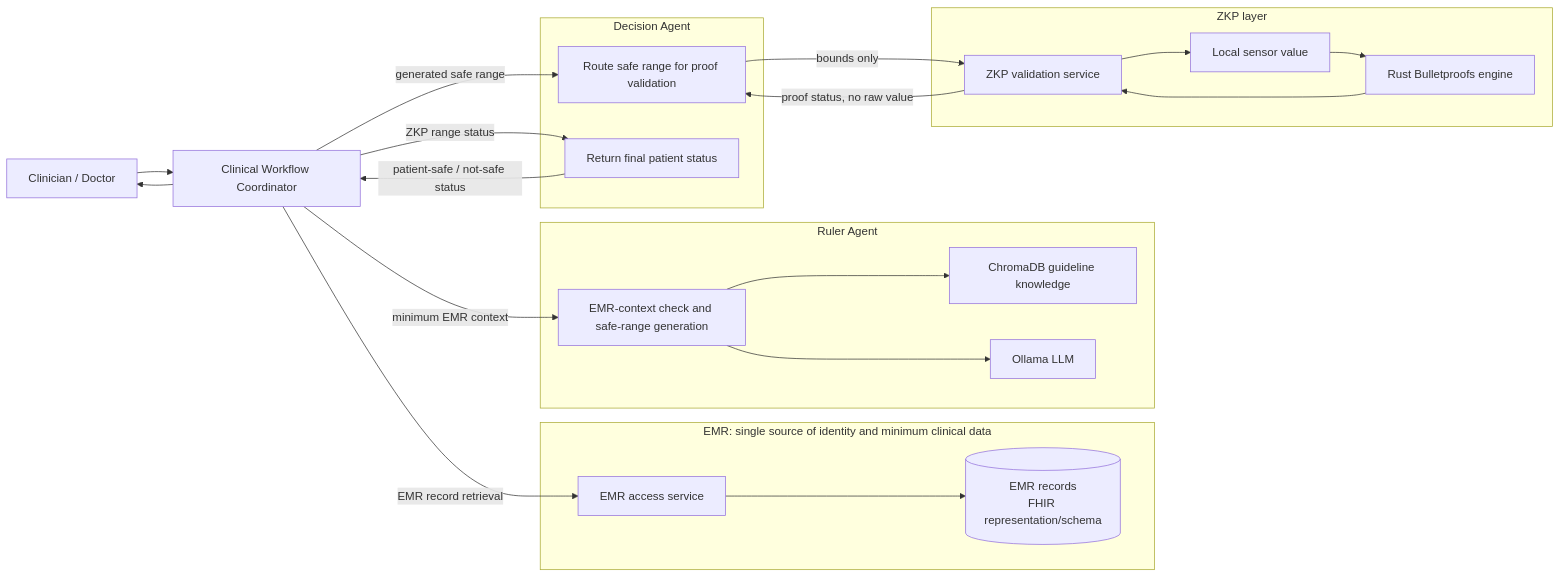
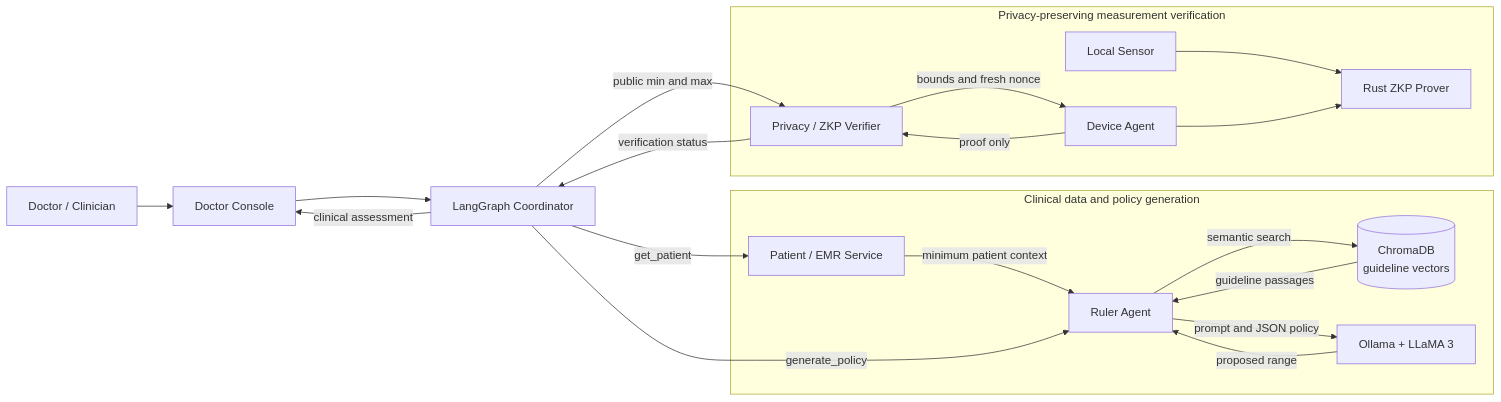
One commit to WajdAyed/A-secure-medical-monitoring-decision-support-system- changed the first of 2 diagrams in ARCHITECTURE.md. Above: the diagram before and after it, drawn with Mermaid. The commit also changed other lines of this file and 1149 other files, not shown here.

````diff
--- a/ARCHITECTURE.md
+++ b/ARCHITECTURE.md
@@ -7,39 +23,34 @@
 ```mermaid
 flowchart LR
-    Doctor[Clinician / Doctor] --> Coordinator[Clinical Workflow Coordinator]
+        Doctor[Doctor / Clinician] --> Console[Doctor Console]
+        Console --> Coordinator[LangGraph Coordinator]
 
-    subgraph EMR[EMR: single source of identity and minimum clinical data]
-        EMRService[EMR access service]
-        EMRData[(EMR records<br/>FHIR representation/schema)]
-        EMRService --> EMRData
-    end
+        subgraph Clinical[Clinical data and policy generation]
+                EMR[Patient / EMR Service]
+                Ruler[Ruler Agent]
+                Chroma[(ChromaDB<br/>guideline vectors)]
+                Ollama[Ollama + LLaMA 3]
+                EMR -->|minimum patient context| Ruler
+                Ruler -->|semantic search| Chroma
+                Chroma -->|guideline passages| Ruler
+                Ruler -->|prompt and JSON policy| Ollama
+                Ollama -->|proposed range| Ruler
+        end
 
-    subgraph Ruler[Ruler Agent]
-        RulerService[EMR-context check and safe-range generation]
-        Knowledge[ChromaDB guideline knowledge]
-        Ollama[Ollama LLM]
-        RulerService --> Knowledge
-        RulerService --> Ollama
-    end
+        subgraph Privacy[Privacy-preserving measurement verification]
+                Verifier[Privacy / ZKP Verifier]
+                Device[Device Agent]
+                Sensor[Local Sensor]
+                Prover[Rust ZKP Prover]
+                Sensor --> Prover
+                Device --> Prover
+        end
 
-    subgraph Decision[Decision Agent]
-        ZKPRoute[Route safe range for proof validation]
-        FinalStatus[Return final patient status]
-    end
-
-    subgraph ZKP[ZKP layer]
-        Privacy[ZKP validation service]
-        Sensor[Local sensor value]
-        Proof[Rust Bulletproofs engine]
-        Privacy --> Sensor --> Proof --> Privacy
-    end
-
-    Coordinator -->|EMR record retrieval| EMRService
-    Coordinator -->|minimum EMR context| RulerService
-    Coordinator -->|generated safe range| ZKPRoute
-    ZKPRoute -->|bounds only| Privacy
-    Privacy -->|proof status, no raw value| ZKPRoute
-    Coordinator -->|ZKP range status| FinalStatus
-    FinalStatus -->|patient-safe / not-safe status| Coordinator
-    Coordinator --> Doctor
+        Coordinator -->|get_patient| EMR
+        Coordinator -->|generate_policy| Ruler
+        Coordinator -->|public min and max| Verifier
+        Verifier -->|bounds and fresh nonce| Device
+        Device -->|proof only| Verifier
+        Verifier -->|verification status| Coordinator
+        Coordinator -->|clinical assessment| Console
 ```
````
